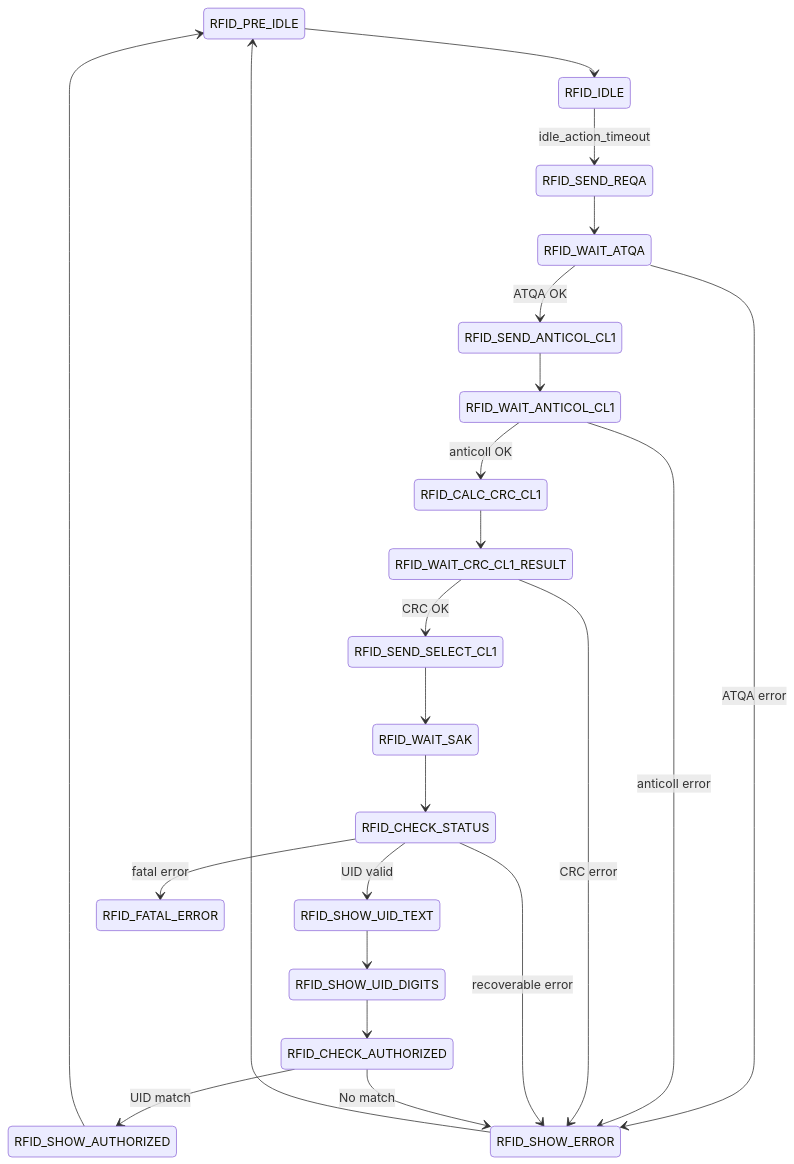
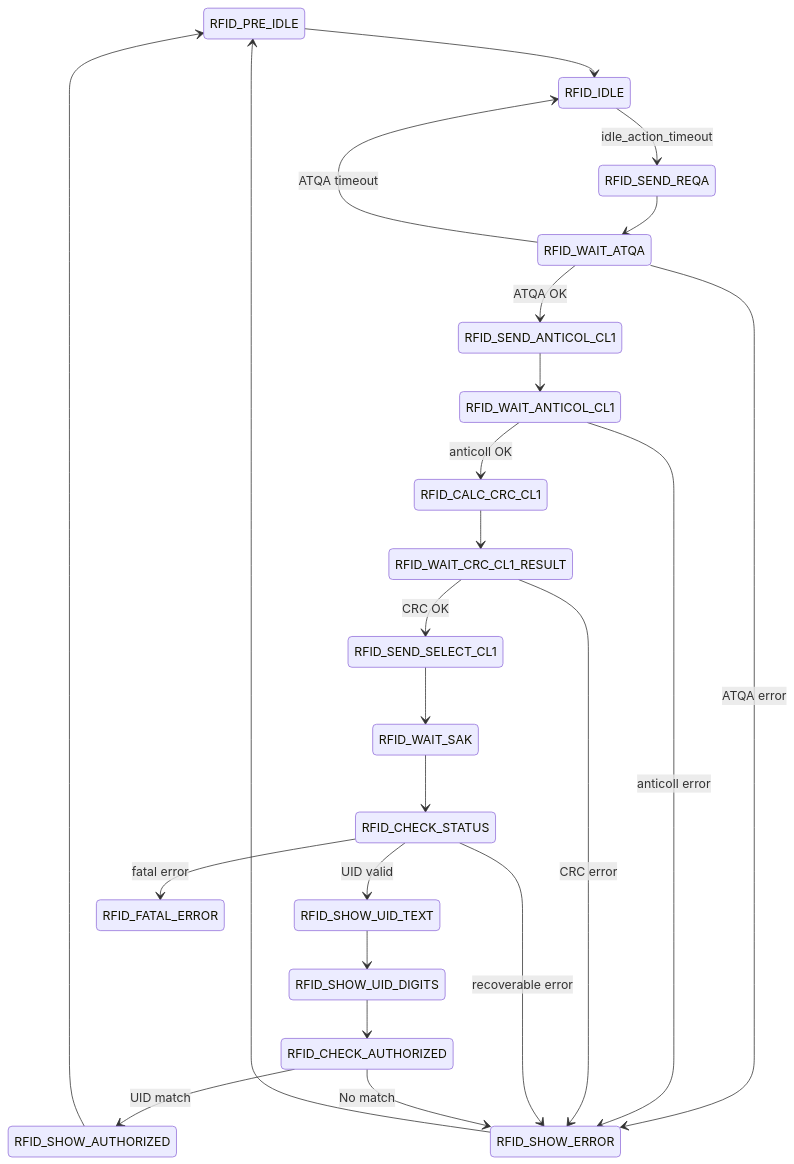
Before and after one commit to gadigidi/STM32_RFID: the diagram in Documents/RFID_FSM.md, drawn with Mermaid. The commit also changed 1 other file, not shown here.

Commit message:
Fix FSM diagram

````diff
--- a/Documents/RFID_FSM.md
+++ b/Documents/RFID_FSM.md
@@ -3,36 +3,37 @@
 ```mermaid
 stateDiagram-v2
     RFID_PRE_IDLE --> RFID_IDLE
 
     RFID_IDLE --> RFID_SEND_REQA : idle_action_timeout
     RFID_SEND_REQA --> RFID_WAIT_ATQA
 
     RFID_WAIT_ATQA --> RFID_SEND_ANTICOL_CL1 : ATQA OK
     RFID_WAIT_ATQA --> RFID_SHOW_ERROR : ATQA error
+    RFID_WAIT_ATQA --> RFID_IDLE : ATQA timeout
 
     RFID_SEND_ANTICOL_CL1 --> RFID_WAIT_ANTICOL_CL1
 
     RFID_WAIT_ANTICOL_CL1 --> RFID_CALC_CRC_CL1 : anticoll OK
     RFID_WAIT_ANTICOL_CL1 --> RFID_SHOW_ERROR : anticoll error
 
     RFID_CALC_CRC_CL1 --> RFID_WAIT_CRC_CL1_RESULT
 
     RFID_WAIT_CRC_CL1_RESULT --> RFID_SEND_SELECT_CL1 : CRC OK
     RFID_WAIT_CRC_CL1_RESULT --> RFID_SHOW_ERROR : CRC error
 
     RFID_SEND_SELECT_CL1 --> RFID_WAIT_SAK
     RFID_WAIT_SAK --> RFID_CHECK_STATUS
 
     RFID_CHECK_STATUS --> RFID_SHOW_UID_TEXT : UID valid
     RFID_CHECK_STATUS --> RFID_SHOW_ERROR : recoverable error
     RFID_CHECK_STATUS --> RFID_FATAL_ERROR : fatal error
 
     RFID_SHOW_UID_TEXT --> RFID_SHOW_UID_DIGITS
     RFID_SHOW_UID_DIGITS --> RFID_CHECK_AUTHORIZED
 
     RFID_CHECK_AUTHORIZED --> RFID_SHOW_AUTHORIZED: UID match
     RFID_CHECK_AUTHORIZED --> RFID_SHOW_ERROR: No match
     RFID_SHOW_AUTHORIZED --> RFID_PRE_IDLE
 
     RFID_SHOW_ERROR --> RFID_PRE_IDLE
 ```
````
